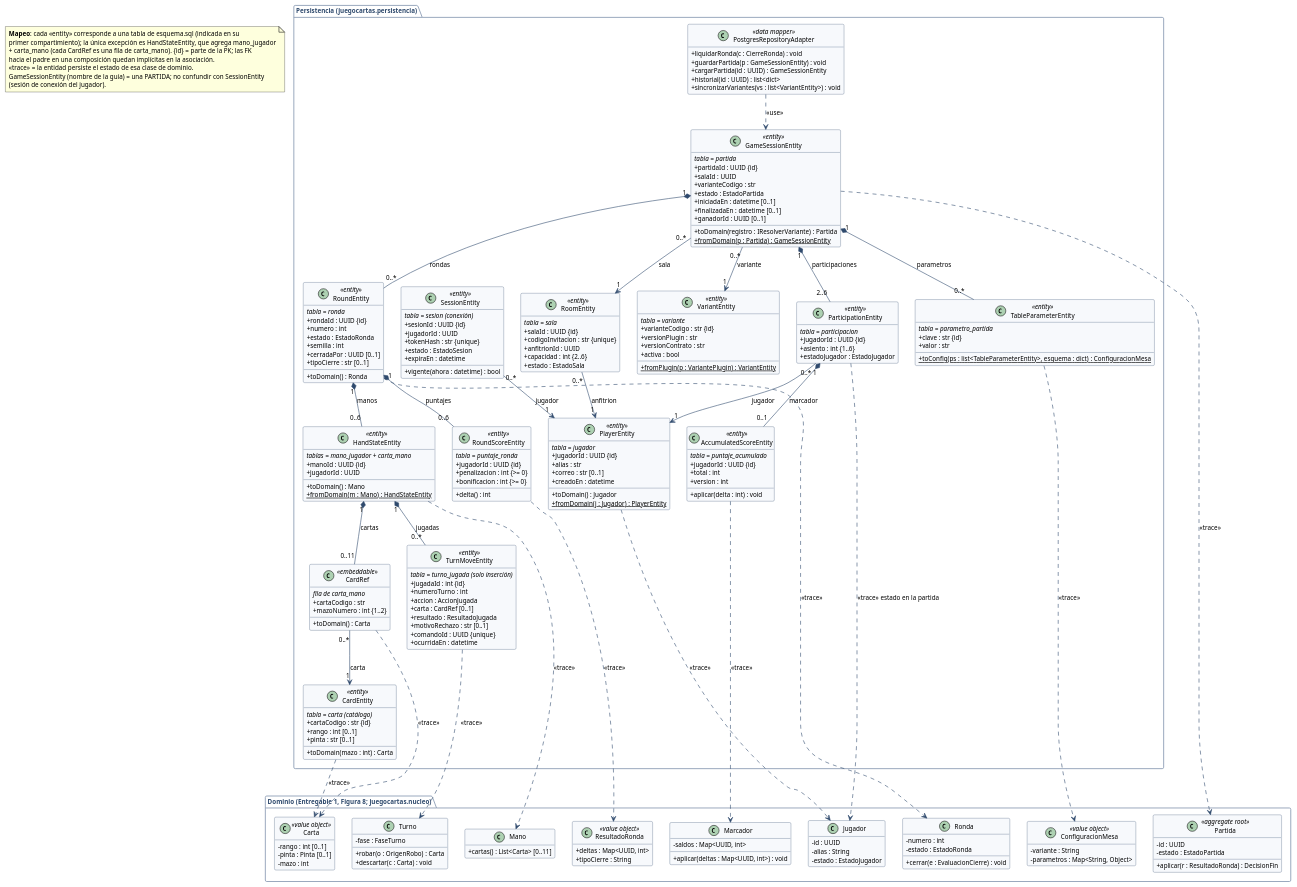
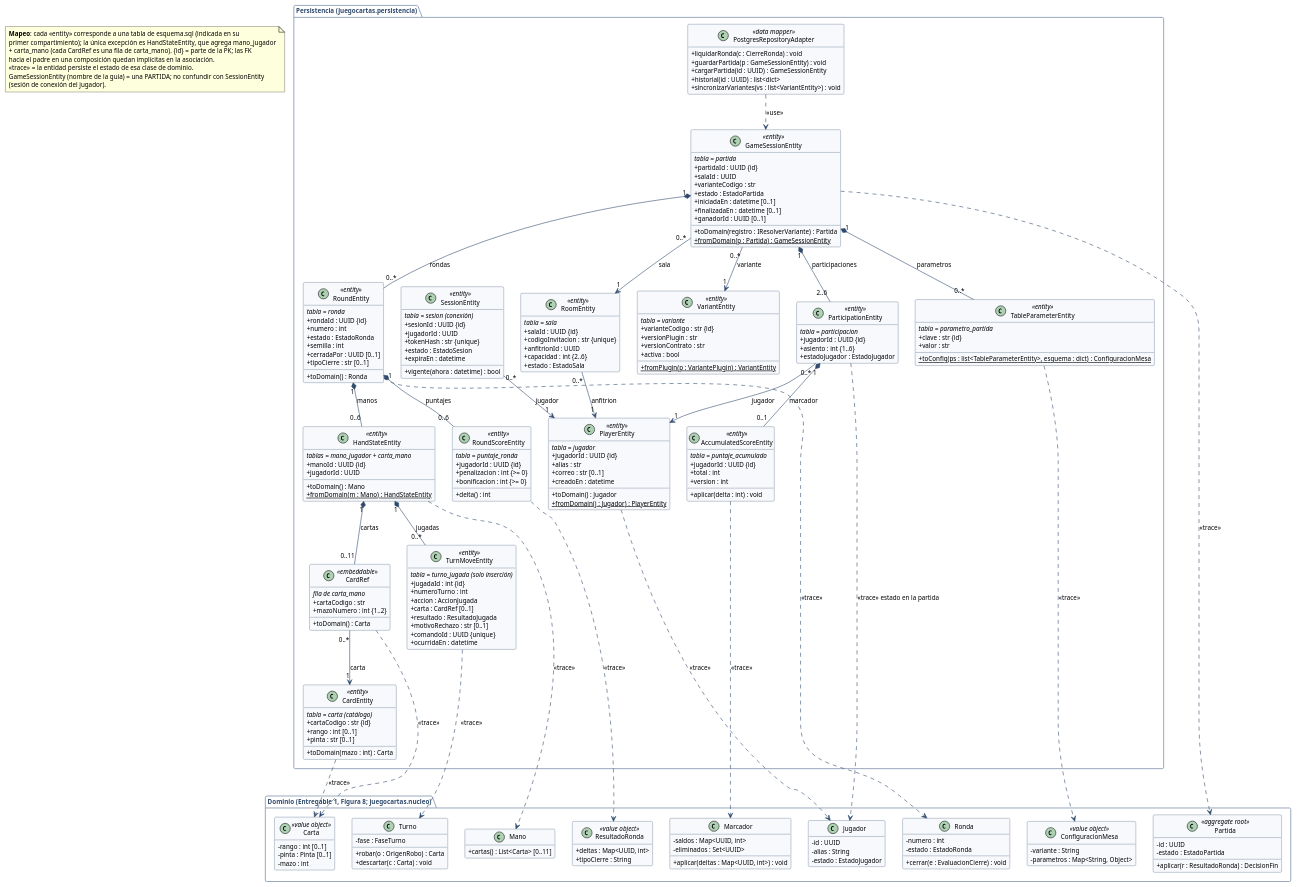
The diagram in docs/modelos/plantuml/03_clases_persistencia.puml (Mr-Percival/arquitectura-juego-cartas-entregable2), drawn with PlantUML before and after one commit. The commit also changed 16 other files, not shown here.

```diff
--- a/docs/modelos/plantuml/03_clases_persistencia.puml
+++ b/docs/modelos/plantuml/03_clases_persistencia.puml
@@ -53,6 +53,7 @@
   }
   class Marcador {
     -saldos : Map<UUID, int>
+    -eliminados : Set<UUID>
     +aplicar(deltas : Map<UUID, int>) : void
   }
   class ResultadoRonda <<value object>> {
```
